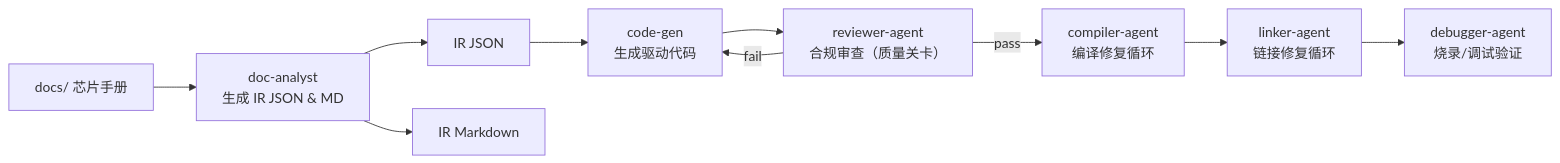
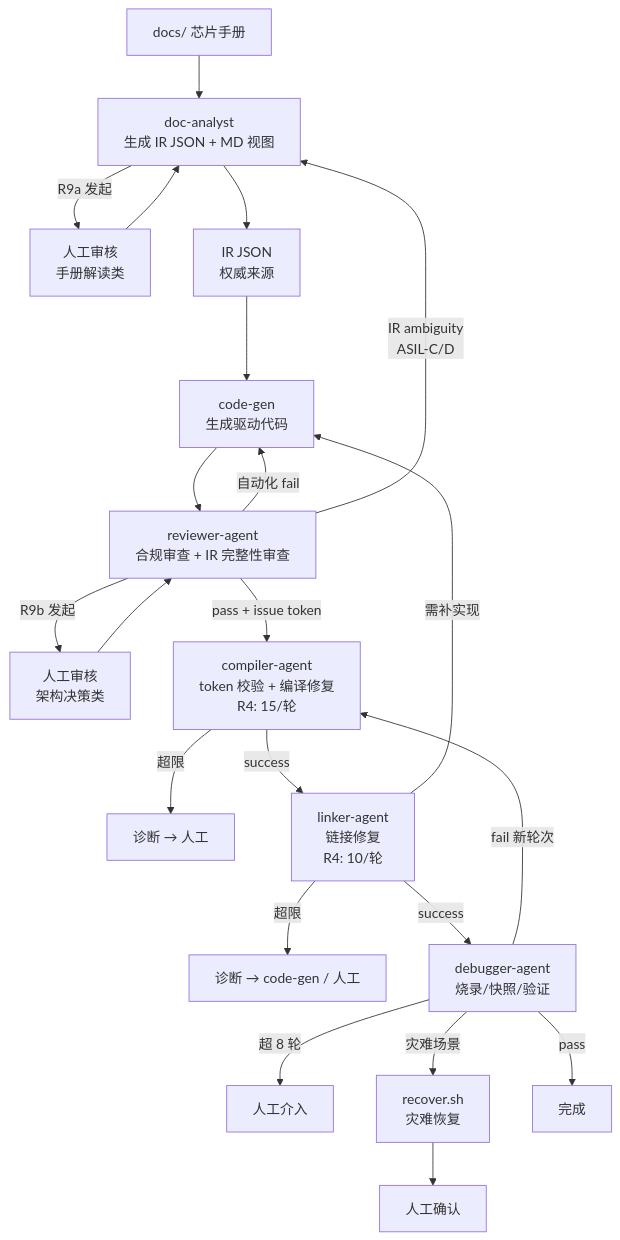
The diagram in CLAUDE.md (magus635/chip-driver-ai), drawn with Mermaid before and after one commit. The commit also changed other lines of this file and 32 other files, not shown here.

````diff
--- a/CLAUDE.md
+++ b/CLAUDE.md
@@ -160,12 +428,24 @@
 ```mermaid
-flowchart LR
-  docs[docs/ 芯片手册] --> docanalyst[doc-analyst<br/>生成 IR JSON & MD]
-  docanalyst --> IRjson[IR JSON]
-  docanalyst --> IRmd[IR Markdown]
+flowchart TD
+  docs[docs/ 芯片手册] --> docanalyst[doc-analyst<br/>生成 IR JSON + MD 视图]
+  docanalyst -->|R9a 发起| review_a[人工审核<br/>手册解读类]
+  review_a --> docanalyst
+  docanalyst --> IRjson[IR JSON<br/>权威来源]
   IRjson --> codegen[code-gen<br/>生成驱动代码]
-  codegen --> reviewer[reviewer-agent<br/>合规审查（质量关卡）]
-  reviewer -->|pass| compiler[compiler-agent<br/>编译修复循环]
-  reviewer -->|fail| codegen
-  compiler --> linker[linker-agent<br/>链接修复循环]
-  linker --> debugger[debugger-agent<br/>烧录/调试验证]
+  codegen --> reviewer[reviewer-agent<br/>合规审查 + IR 完整性审查]
+  reviewer -->|自动化 fail| codegen
+  reviewer -->|R9b 发起| review_b[人工审核<br/>架构决策类]
+  review_b --> reviewer
+  reviewer -->|IR ambiguity<br/>ASIL-C/D| docanalyst
+  reviewer -->|pass + issue token| compiler[compiler-agent<br/>token 校验 + 编译修复<br/>R4: 15/轮]
+  compiler -->|超限| escalate_c[诊断 → 人工]
+  compiler -->|success| linker[linker-agent<br/>链接修复<br/>R4: 10/轮]
+  linker -->|超限| escalate_l[诊断 → code-gen / 人工]
+  linker -->|需补实现| codegen
+  linker -->|success| debugger[debugger-agent<br/>烧录/快照/验证]
+  debugger -->|fail 新轮次| compiler
+  debugger -->|超 8 轮| escalate_d[人工介入]
+  debugger -->|灾难场景| recover[recover.sh<br/>灾难恢复]
+  debugger -->|pass| done[完成]
+  recover --> escalate_r[人工确认]
 ```
````
